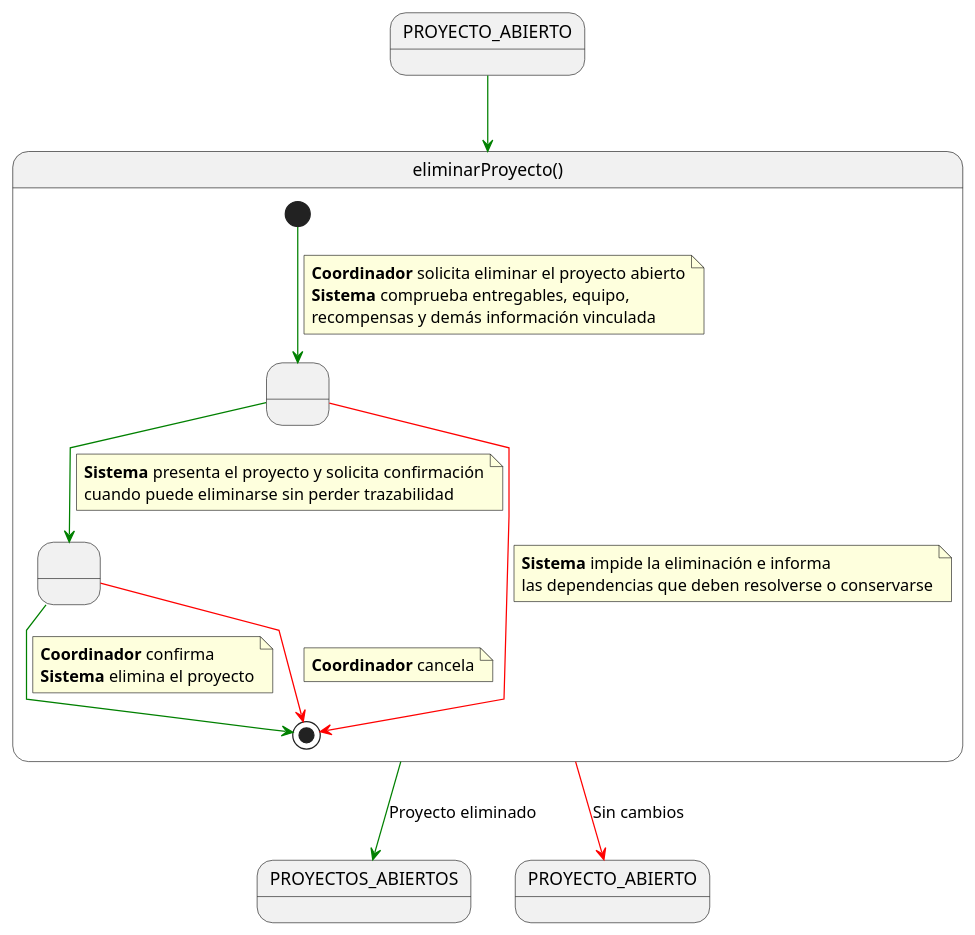
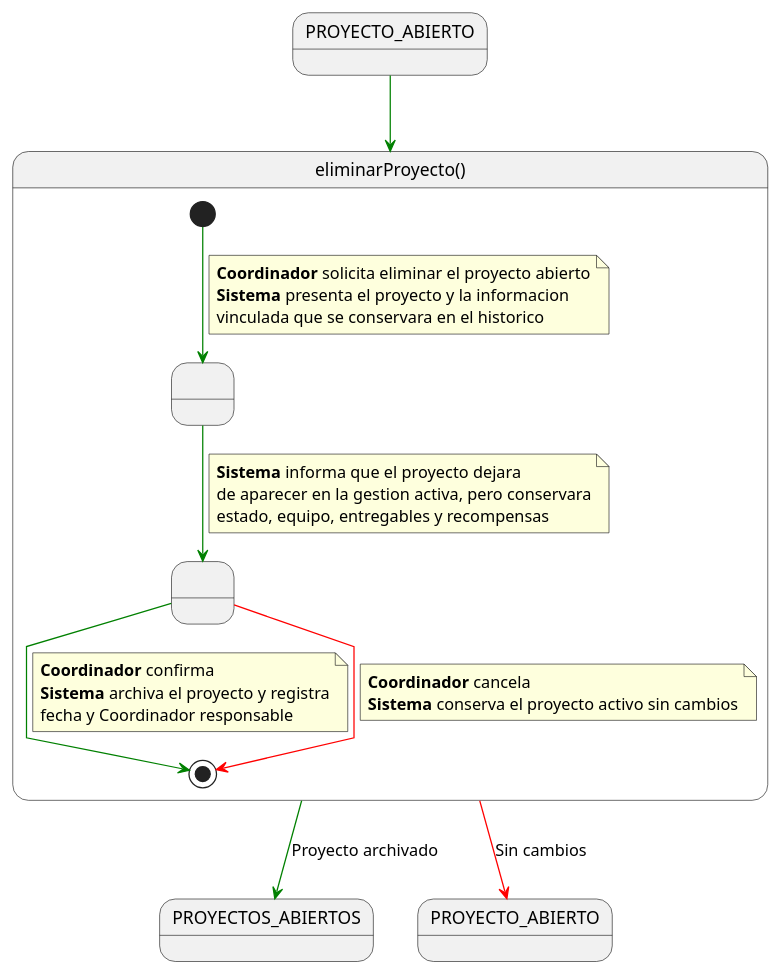
Before and after one commit to beatriizorozco/25-26-idsw2-sdVC: the diagram in RUP/00-casos-uso/02-detalle/coordinador/eliminarProyecto/especificacion.puml, drawn with PlantUML. The commit also changed 38 other files, not shown here.

Commit message:
docs(proyectos): aplicar archivado lógico con trazabilidad histórica

```diff
--- a/RUP/00-casos-uso/02-detalle/coordinador/eliminarProyecto/especificacion.puml
+++ b/RUP/00-casos-uso/02-detalle/coordinador/eliminarProyecto/especificacion.puml
@@ -1,45 +1,42 @@
 @startuml eliminarProyecto
 skinparam linetype polyline
 
 state proyecto as "PROYECTO_ABIERTO"
 proyecto -[#green]-> eliminarProyecto
 
 state eliminarProyecto as "eliminarProyecto()" {
-    state " " as ComprobandoDependencias
-    state " " as ConfirmandoEliminacion
+    state " " as MostrandoConsecuencias
+    state " " as ConfirmandoArchivado
 
-    [*] -[#green]-> ComprobandoDependencias
+    [*] -[#green]-> MostrandoConsecuencias
     note on link
     <b>Coordinador</b> solicita eliminar el proyecto abierto
-    <b>Sistema</b> comprueba entregables, equipo,
-    recompensas y demás información vinculada
+    <b>Sistema</b> presenta el proyecto y la informacion
+    vinculada que se conservara en el historico
     end note
 
-    ComprobandoDependencias -[#red]-> [*]
+    MostrandoConsecuencias -[#green]-> ConfirmandoArchivado
     note on link
-    <b>Sistema</b> impide la eliminación e informa
-    las dependencias que deben resolverse o conservarse
+    <b>Sistema</b> informa que el proyecto dejara
+    de aparecer en la gestion activa, pero conservara
+    estado, equipo, entregables y recompensas
     end note
 
-    ComprobandoDependencias -[#green]-> ConfirmandoEliminacion
+    ConfirmandoArchivado -[#green]-> [*]
     note on link
-    <b>Sistema</b> presenta el proyecto y solicita confirmación
-    cuando puede eliminarse sin perder trazabilidad
+    <b>Coordinador</b> confirma
+    <b>Sistema</b> archiva el proyecto y registra
+    fecha y Coordinador responsable
     end note
 
-    ConfirmandoEliminacion -[#green]-> [*]
-    note on link
-    <b>Coordinador</b> confirma
-    <b>Sistema</b> elimina el proyecto
-    end note
-
-    ConfirmandoEliminacion -[#red]-> [*]
+    ConfirmandoArchivado -[#red]-> [*]
     note on link
     <b>Coordinador</b> cancela
+    <b>Sistema</b> conserva el proyecto activo sin cambios
     end note
 }
 
-eliminarProyecto -[#green]-> PROYECTOS_ABIERTOS: Proyecto eliminado
+eliminarProyecto -[#green]-> PROYECTOS_ABIERTOS: Proyecto archivado
 eliminarProyecto -[#red]-> PROYECTO_ABIERTO: Sin cambios
 
 @enduml
```
